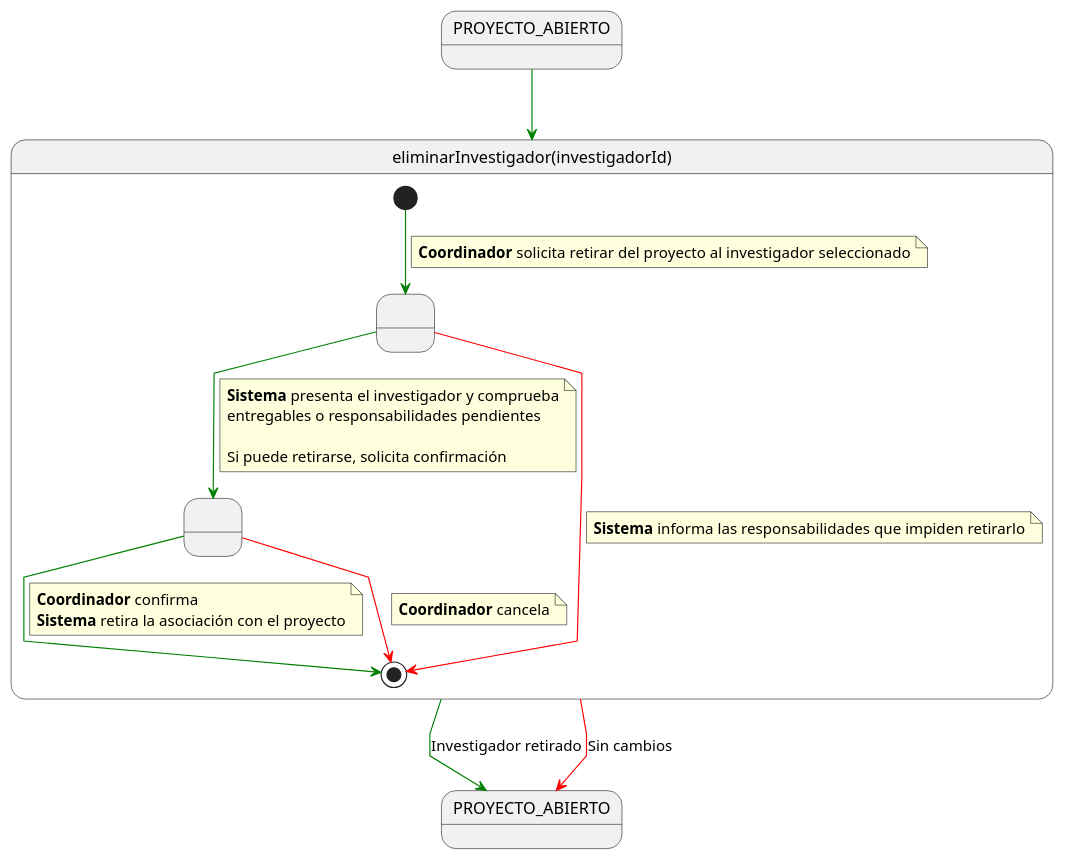
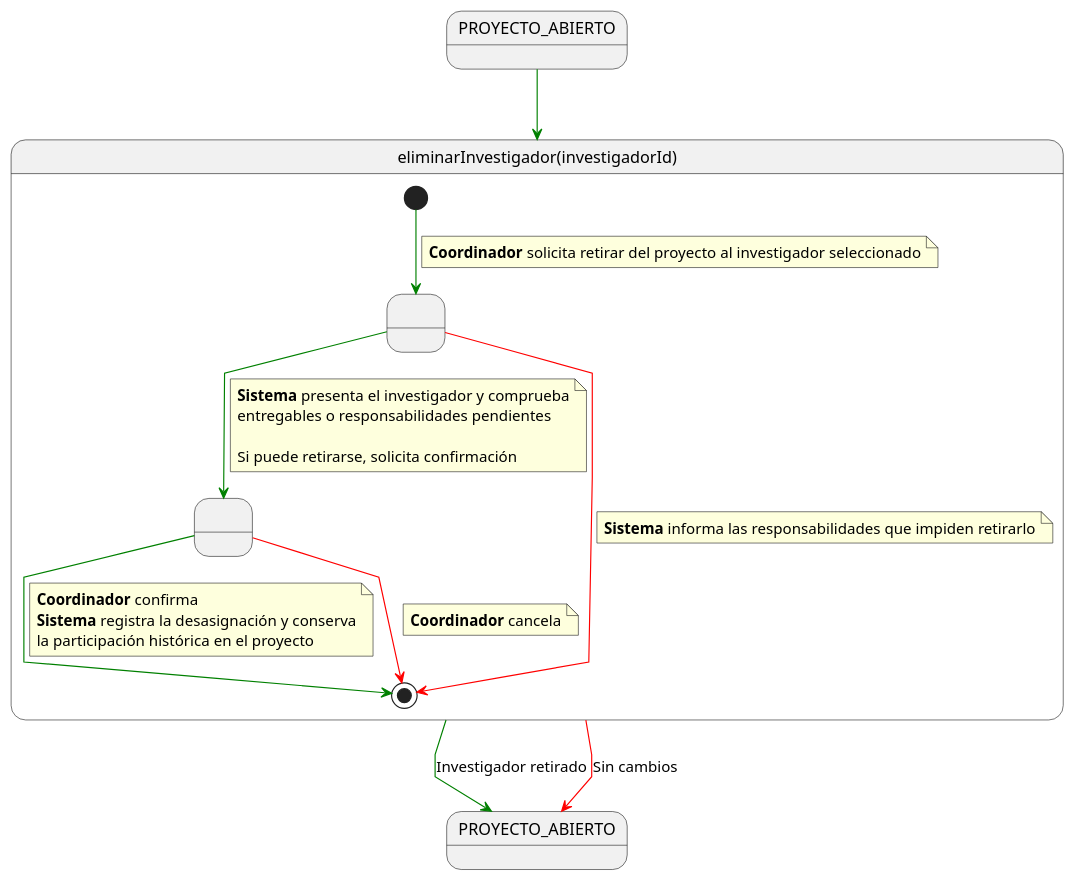
Before and after one commit to beatriizorozco/25-26-idsw2-sdVC: the diagram in RUP/00-casos-uso/02-detalle/coordinador/eliminarInvestigador/especificacion.puml, drawn with PlantUML. The commit also changed 98 other files, not shown here.

```diff
--- a/RUP/00-casos-uso/02-detalle/coordinador/eliminarInvestigador/especificacion.puml
+++ b/RUP/00-casos-uso/02-detalle/coordinador/eliminarInvestigador/especificacion.puml
@@ -1,44 +1,45 @@
 @startuml eliminarInvestigador
 skinparam linetype polyline
 
 state proyecto as "PROYECTO_ABIERTO"
 proyecto -[#green]-> eliminarInvestigador
 
 state eliminarInvestigador as "eliminarInvestigador(investigadorId)" {
     state " " as ComprobandoResponsabilidades
     state " " as ConfirmandoDesasignacion
 
     [*] -[#green]-> ComprobandoResponsabilidades
     note on link
     <b>Coordinador</b> solicita retirar del proyecto al investigador seleccionado
     end note
 
     ComprobandoResponsabilidades -[#green]-> ConfirmandoDesasignacion
     note on link
     <b>Sistema</b> presenta el investigador y comprueba
     entregables o responsabilidades pendientes
 
     Si puede retirarse, solicita confirmación
     end note
 
     ComprobandoResponsabilidades -[#red]-> [*]
     note on link
     <b>Sistema</b> informa las responsabilidades que impiden retirarlo
     end note
 
     ConfirmandoDesasignacion -[#green]-> [*]
     note on link
     <b>Coordinador</b> confirma
-    <b>Sistema</b> retira la asociación con el proyecto
+    <b>Sistema</b> registra la desasignación y conserva
+    la participación histórica en el proyecto
     end note
 
     ConfirmandoDesasignacion -[#red]-> [*]
     note on link
     <b>Coordinador</b> cancela
     end note
 }
 
 eliminarInvestigador -[#green]-> PROYECTO_ABIERTO: Investigador retirado
 eliminarInvestigador -[#red]-> PROYECTO_ABIERTO: Sin cambios
 
 @enduml
```
